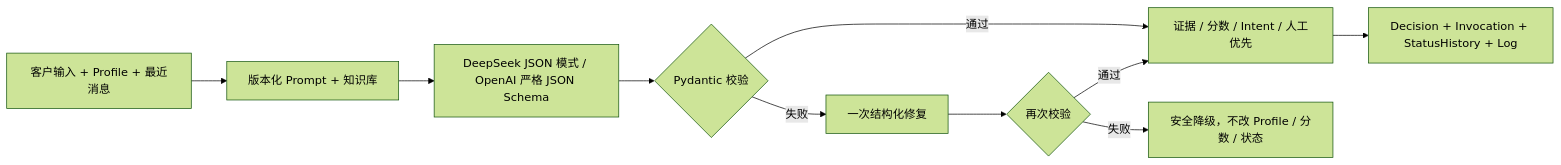
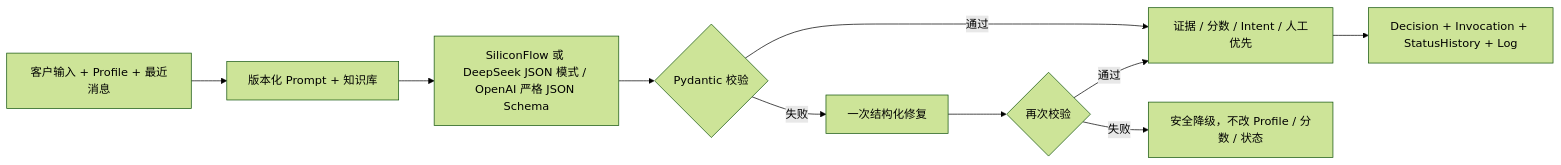
The third of 5 diagrams in docs/architecture.md (wuyuhang0519-cyber/julu-ai-sales-assistant), drawn with Mermaid (forest theme) before and after one commit. The commit also changed other lines of this file and 8 other files, not shown here.

````diff
--- a/docs/architecture.md
+++ b/docs/architecture.md
@@ -48,12 +48,12 @@
 ```mermaid
 flowchart LR
   Input[客户输入 + Profile + 最近消息] --> Prompt[版本化 Prompt + 知识库]
-  Prompt --> Model[DeepSeek JSON 模式 / OpenAI 严格 JSON Schema]
+  Prompt --> Model[SiliconFlow 或 DeepSeek JSON 模式 / OpenAI 严格 JSON Schema]
   Model --> Check{Pydantic 校验}
   Check -->|通过| Guard[证据 / 分数 / Intent / 人工优先]
   Check -->|失败| Repair[一次结构化修复]
   Repair --> Check2{再次校验}
   Check2 -->|通过| Guard
   Check2 -->|失败| Fallback[安全降级，不改 Profile / 分数 / 状态]
   Guard --> Persist[Decision + Invocation + StatusHistory + Log]
 ```
````
